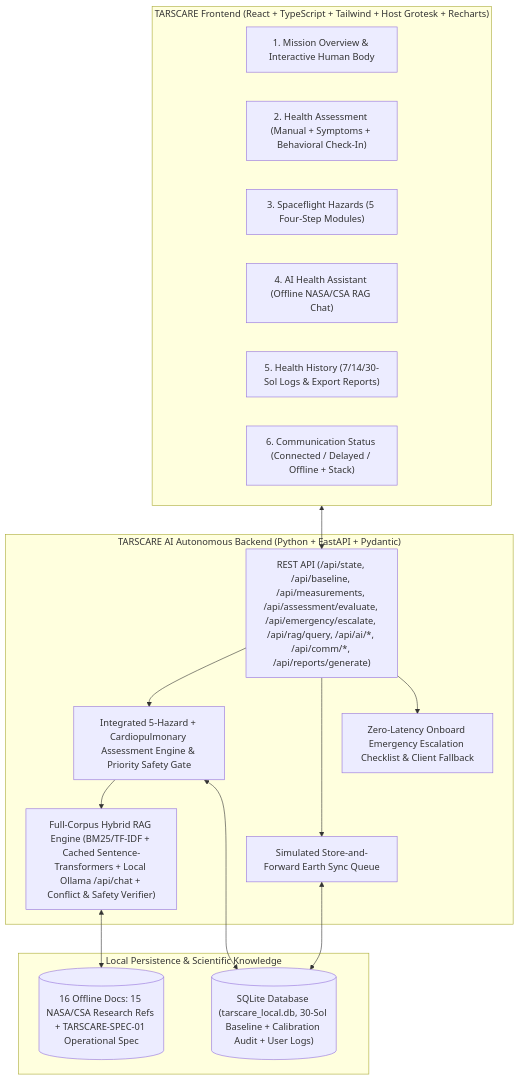
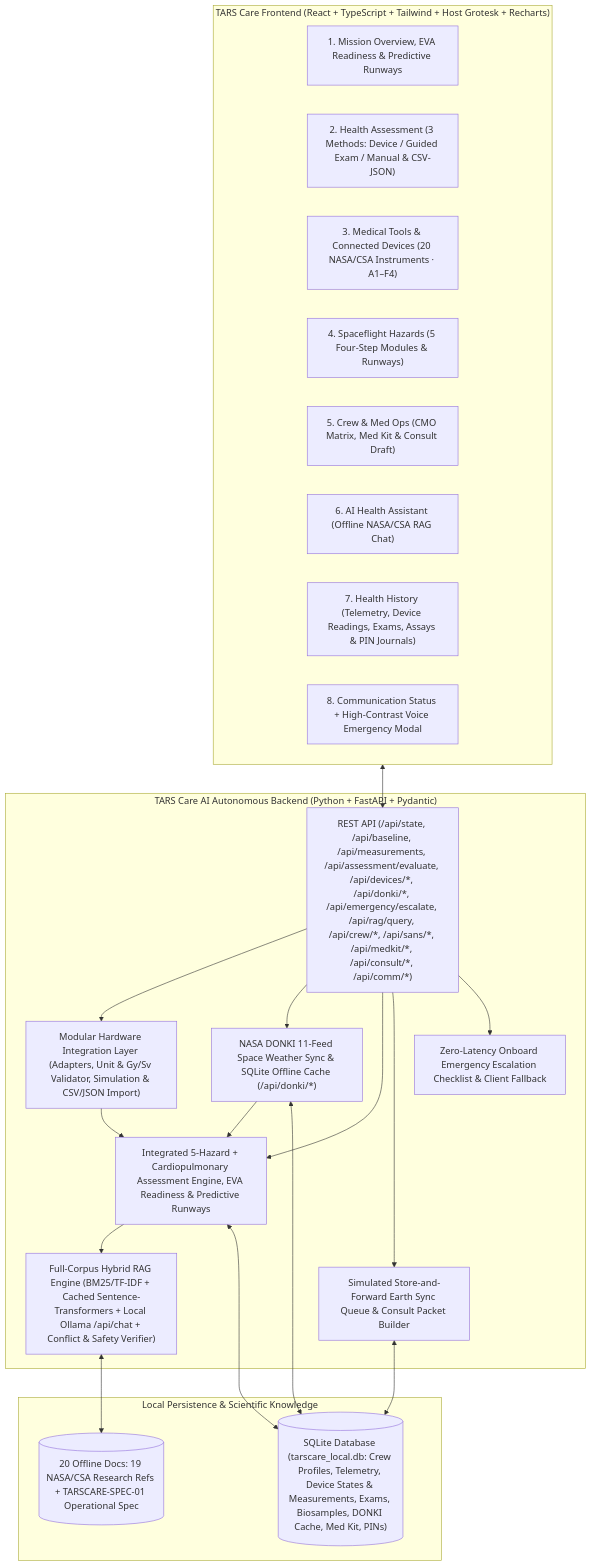
One commit to ChaiWork/BuildHybridAI-2026 changed the diagram in README.md. Above: the diagram before and after it, drawn with Mermaid. The commit also changed other lines of this file and 52 other files, not shown here.

Commit message:
feat: initialize TARS Care space health companion backend and frontend application

````diff
--- a/README.md
+++ b/README.md
@@ -10,33 +10,42 @@
 ```mermaid
 flowchart TD
-    subgraph Frontend["TARSCARE Frontend (React + TypeScript + Tailwind + Host Grotesk + Recharts)"]
-        V1["1. Mission Overview & Interactive Human Body"]
-        V2["2. Health Assessment (Manual + Symptoms + Behavioral Check-In)"]
-        V3["3. Spaceflight Hazards (5 Four-Step Modules)"]
-        V4["4. AI Health Assistant (Offline NASA/CSA RAG Chat)"]
-        V5["5. Health History (7/14/30-Sol Logs & Export Reports)"]
-        V6["6. Communication Status (Connected / Delayed / Offline + Stack)"]
+    subgraph Frontend["TARS Care Frontend (React + TypeScript + Tailwind + Host Grotesk + Recharts)"]
+        V1["1. Mission Overview, EVA Readiness & Predictive Runways"]
+        V2["2. Health Assessment (3 Methods: Device / Guided Exam / Manual & CSV-JSON)"]
+        V3["3. Medical Tools & Connected Devices (20 NASA/CSA Instruments · A1–F4)"]
+        V4["4. Spaceflight Hazards (5 Four-Step Modules & Runways)"]
+        V5["5. Crew & Med Ops (CMO Matrix, Med Kit & Consult Draft)"]
+        V6["6. AI Health Assistant (Offline NASA/CSA RAG Chat)"]
+        V7["7. Health History (Telemetry, Device Readings, Exams, Assays & PIN Journals)"]
+        V8["8. Communication Status + High-Contrast Voice Emergency Modal"]
     end
 
-    subgraph Backend["TARSCARE AI Autonomous Backend (Python + FastAPI + Pydantic)"]
-        API["REST API (/api/state, /api/baseline, /api/measurements, /api/assessment/evaluate, /api/emergency/escalate, /api/rag/query, /api/ai/*, /api/comm/*, /api/reports/generate)"]
-        ENG["Integrated 5-Hazard + Cardiopulmonary Assessment Engine & Priority Safety Gate"]
+    subgraph Backend["TARS Care AI Autonomous Backend (Python + FastAPI + Pydantic)"]
+        API["REST API (/api/state, /api/baseline, /api/measurements, /api/assessment/evaluate, /api/devices/*, /api/donki/*, /api/emergency/escalate, /api/rag/query, /api/crew/*, /api/sans/*, /api/medkit/*, /api/consult/*, /api/comm/*)"]
+        HW["Modular Hardware Integration Layer (Adapters, Unit & Gy/Sv Validator, Simulation & CSV/JSON Import)"]
+        DONKI["NASA DONKI 11-Feed Space Weather Sync & SQLite Offline Cache (/api/donki/*)"]
+        ENG["Integrated 5-Hazard + Cardiopulmonary Assessment Engine, EVA Readiness & Predictive Runways"]
         RAG["Full-Corpus Hybrid RAG Engine (BM25/TF-IDF + Cached Sentence-Transformers + Local Ollama /api/chat + Conflict & Safety Verifier)"]
-        SF["Simulated Store-and-Forward Earth Sync Queue"]
+        SF["Simulated Store-and-Forward Earth Sync Queue & Consult Packet Builder"]
         EMG["Zero-Latency Onboard Emergency Escalation Checklist & Client Fallback"]
     end
 
     subgraph Storage["Local Persistence & Scientific Knowledge"]
-        DB[("SQLite Database (tarscare_local.db, 30-Sol Baseline + Calibration Audit + User Logs)")]
-        CORPUS[("16 Offline Docs: 15 NASA/CSA Research Refs + TARSCARE-SPEC-01 Operational Spec")]
+        DB[("SQLite Database (tarscare_local.db: Crew Profiles, Telemetry, Device States & Measurements, Exams, Biosamples, DONKI Cache, Med Kit, PINs)")]
+        CORPUS[("20 Offline Docs: 19 NASA/CSA Research Refs + TARSCARE-SPEC-01 Operational Spec")]
     end
 
     Frontend <--> API
+    API --> HW
+    API --> DONKI
+    HW --> ENG
+    DONKI --> ENG
     API --> ENG
     ENG --> RAG
     API --> SF
     API --> EMG
     ENG <--> DB
+    DONKI <--> DB
     SF <--> DB
     RAG <--> CORPUS
 ```
````
